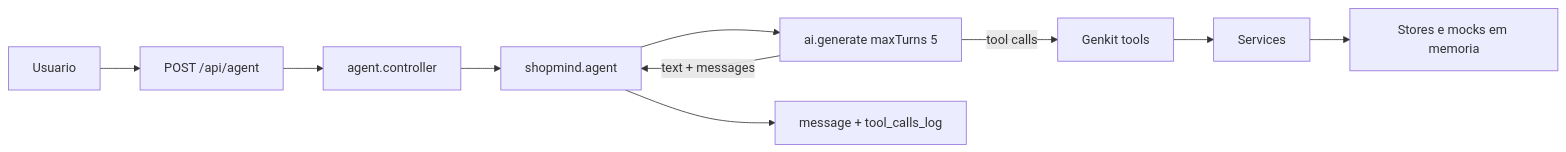
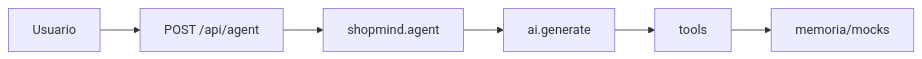
Before and after one commit to AdrianGus/shopmind: the diagram in README.md, drawn with Mermaid. The commit also changed other lines of this file, not shown here.

````diff
--- a/README.md
+++ b/README.md
@@ -106,12 +44,8 @@
 ```mermaid
 flowchart LR
-    user[Usuario] --> api["POST /api/agent"]
-    api --> controller[agent.controller]
-    controller --> agent[shopmind.agent]
-    agent --> genkit["ai.generate maxTurns 5"]
-    genkit -->|tool calls| tools[Genkit tools]
-    tools --> services[Services]
-    services --> stores["Stores e mocks em memoria"]
-    genkit -->|"text + messages"| agent
-    agent --> response["message + tool_calls_log"]
+  user[Usuario] --> api["POST /api/agent"]
+  api --> agent[shopmind.agent]
+  agent --> genkit["ai.generate"]
+  genkit --> tools[tools]
+  tools --> stores[memoria/mocks]
 ```
````
